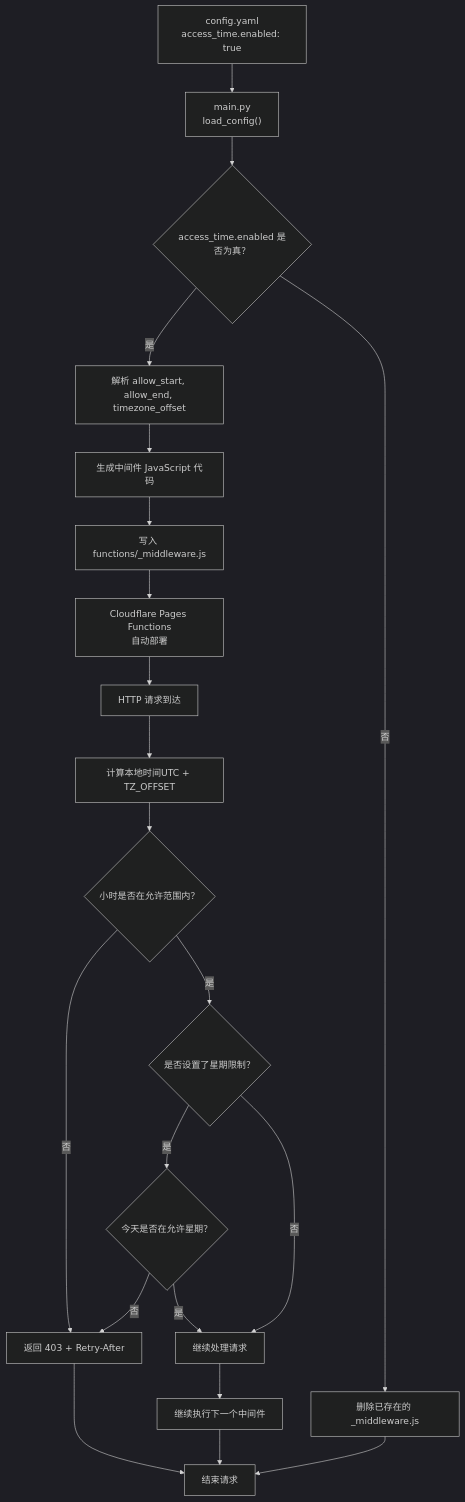
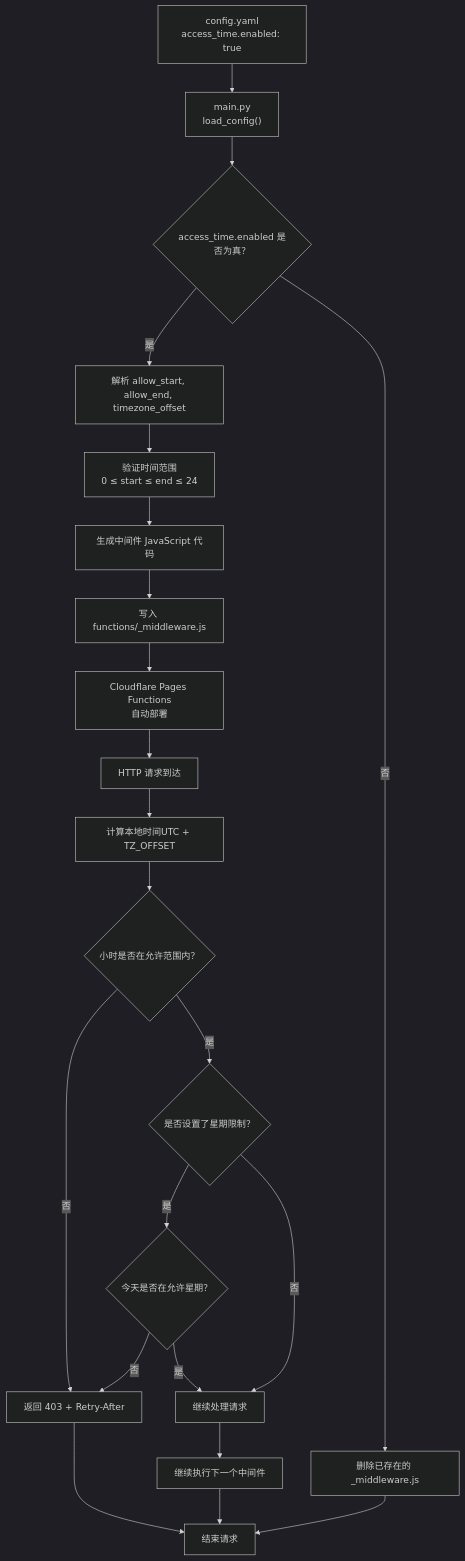
The fourth of 6 diagrams in .qoder/repowiki/zh/content/批量处理系统/配置管理.md (zhao-zg/cx), drawn with Mermaid (dark theme) before and after one commit. The commit also changed other lines of this file and 42 other files, not shown here.

````diff
--- a/.qoder/repowiki/zh/content/批量处理系统/配置管理.md
+++ b/.qoder/repowiki/zh/content/批量处理系统/配置管理.md
@@ -240,23 +249,24 @@
 ```mermaid
 flowchart TD
 Config["config.yaml<br/>access_time.enabled: true"] --> Load["main.py<br/>load_config()"]
 Load --> CheckEnabled{"access_time.enabled 是否为真？"}
 CheckEnabled --> |否| DeleteMW["删除已存在的 _middleware.js"]
 CheckEnabled --> |是| ParseConfig["解析 allow_start, allow_end, timezone_offset"]
-ParseConfig --> BuildJS["生成中间件 JavaScript 代码"]
+ParseConfig --> ValidateRange["验证时间范围<br/>0 ≤ start ≤ end ≤ 24"]
+ValidateRange --> BuildJS["生成中间件 JavaScript 代码"]
 BuildJS --> WriteFile["写入 functions/_middleware.js"]
 WriteFile --> CF["Cloudflare Pages Functions<br/>自动部署"]
 CF --> Request["HTTP 请求到达"]
 Request --> CalcTime["计算本地时间UTC + TZ_OFFSET"]
 CalcTime --> CheckHour{"小时是否在允许范围内？"}
 CheckHour --> |否| Return403["返回 403 + Retry-After"]
 CheckHour --> |是| CheckDay{"是否设置了星期限制？"}
 CheckDay --> |是| CheckDayValid{"今天是否在允许星期？"}
 CheckDayValid --> |否| Return403
 CheckDayValid --> |是| Next["继续处理请求"]
 CheckDay --> |否| Next
 Next --> Continue["继续执行下一个中间件"]
 Return403 --> End["结束请求"]
 Continue --> End
 DeleteMW --> End
 ```
````
